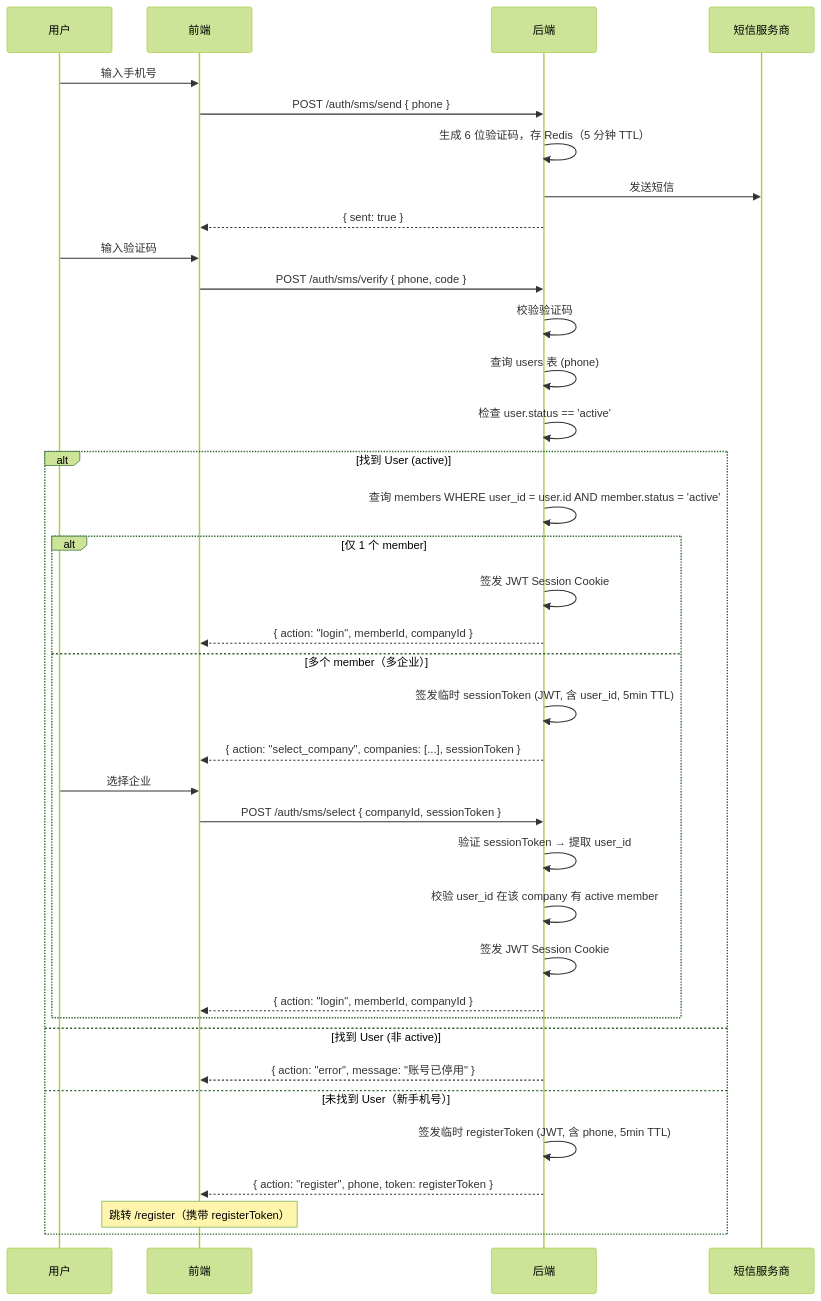
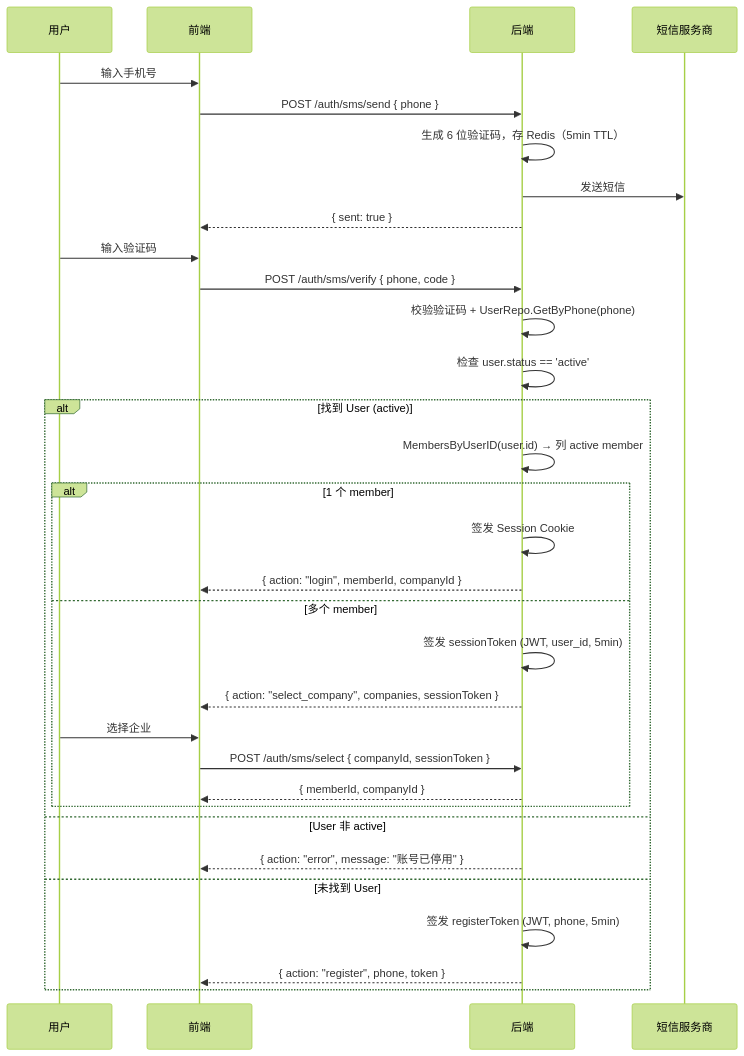
Before and after one commit to quyip8818/mytokenjoy: the second of 5 diagrams in docs/saas/登录注册方案设计.md, drawn with Mermaid (forest theme). The commit also changed other lines of this file and 29 other files, not shown here.

````diff
--- a/docs/saas/登录注册方案设计.md
+++ b/docs/saas/登录注册方案设计.md
@@ -260,40 +93,35 @@
 ```mermaid
 sequenceDiagram
     participant U as 用户
     participant F as 前端
     participant B as 后端
     participant SMS as 短信服务商
 
     U->>F: 输入手机号
     F->>B: POST /auth/sms/send { phone }
-    B->>B: 生成 6 位验证码，存 Redis（5 分钟 TTL）
+    B->>B: 生成 6 位验证码，存 Redis（5min TTL）
     B->>SMS: 发送短信
     B-->>F: { sent: true }
     U->>F: 输入验证码
     F->>B: POST /auth/sms/verify { phone, code }
-    B->>B: 校验验证码
-    B->>B: 查询 users 表 (phone)
+    B->>B: 校验验证码 + UserRepo.GetByPhone(phone)
     B->>B: 检查 user.status == 'active'
     alt 找到 User (active)
-        B->>B: 查询 members WHERE user_id = user.id AND member.status = 'active'
-        alt 仅 1 个 member
-            B->>B: 签发 JWT Session Cookie
+        B->>B: MembersByUserID(user.id) → 列 active member
+        alt 1 个 member
+            B->>B: 签发 Session Cookie
             B-->>F: { action: "login", memberId, companyId }
-        else 多个 member（多企业）
-            B->>B: 签发临时 sessionToken (JWT, 含 user_id, 5min TTL)
-            B-->>F: { action: "select_company", companies: [...], sessionToken }
+        else 多个 member
+            B->>B: 签发 sessionToken (JWT, user_id, 5min)
+            B-->>F: { action: "select_company", companies, sessionToken }
             U->>F: 选择企业
             F->>B: POST /auth/sms/select { companyId, sessionToken }
-            B->>B: 验证 sessionToken → 提取 user_id
-            B->>B: 校验 user_id 在该 company 有 active member
-            B->>B: 签发 JWT Session Cookie
-            B-->>F: { action: "login", memberId, companyId }
+            B-->>F: { memberId, companyId }
         end
-    else 找到 User (非 active)
+    else User 非 active
         B-->>F: { action: "error", message: "账号已停用" }
-    else 未找到 User（新手机号）
-        B->>B: 签发临时 registerToken (JWT, 含 phone, 5min TTL)
-        B-->>F: { action: "register", phone, token: registerToken }
-        Note over F: 跳转 /register（携带 registerToken）
+    else 未找到 User
+        B->>B: 签发 registerToken (JWT, phone, 5min)
+        B-->>F: { action: "register", phone, token }
     end
 ```
````
